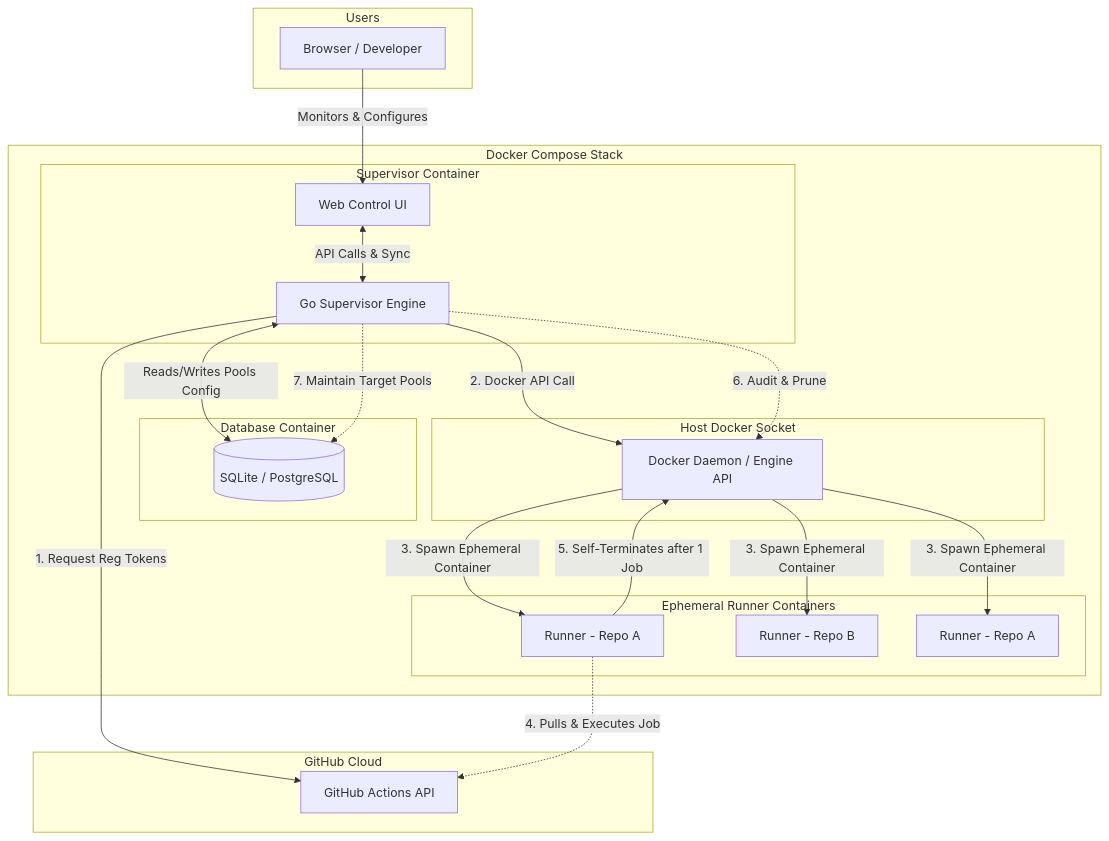
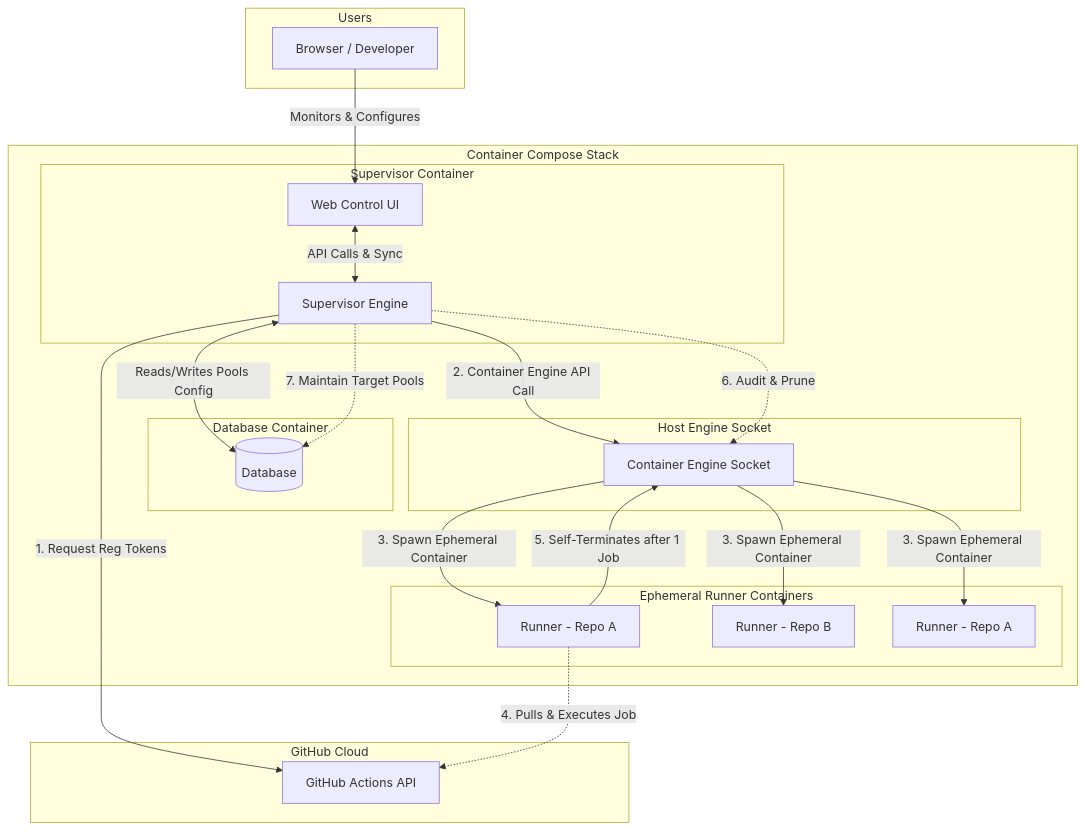
One commit to noosxe/gh-runner changed the diagram in docs/requirements.md. Above: the diagram before and after it, drawn with Mermaid. The commit also changed other lines of this file and 2 other files, not shown here.

````diff
--- a/docs/requirements.md
+++ b/docs/requirements.md
@@ -34,45 +34,45 @@
 ```mermaid
 graph TD
     subgraph Users
         User[Browser / Developer]
     end
 
     subgraph GitHub Cloud
         GH[GitHub Actions API]
     end
 
-    subgraph Host Machine [Docker Compose Stack]
+    subgraph Host Machine [Container Compose Stack]
         subgraph Supervisor Container
-            SD[Go Supervisor Engine]
+            SD[Supervisor Engine]
             WebUI[Web Control UI]
         end
 
         subgraph Database Container
-            DB[(SQLite / PostgreSQL)]
+            DB[(Database)]
         end
 
-        subgraph Host Docker Socket
-            Engine[Docker Daemon / Engine API]
+        subgraph Host Engine Socket
+            Engine[Container Engine Socket]
         end
 
         subgraph Ephemeral Runner Containers
             R1[Runner - Repo A]
             R2[Runner - Repo B]
             R3[Runner - Repo A]
         end
     end
 
     %% Communication Pathways
     User -->|Monitors & Configures| WebUI
     WebUI <-->|API Calls & Sync| SD
     SD <-->|Reads/Writes Pools Config| DB
     SD -->|1. Request Reg Tokens| GH
-    SD -->|2. Docker API Call| Engine
+    SD -->|2. Container Engine API Call| Engine
     Engine -->|3. Spawn Ephemeral Container| R1
     Engine -->|3. Spawn Ephemeral Container| R2
     Engine -->|3. Spawn Ephemeral Container| R3
     R1 -.->|4. Pulls & Executes Job| GH
     R1 -->|5. Self-Terminates after 1 Job| Engine
     SD -.->|6. Audit & Prune| Engine
     SD -.->|7. Maintain Target Pools| DB
 ```
````
